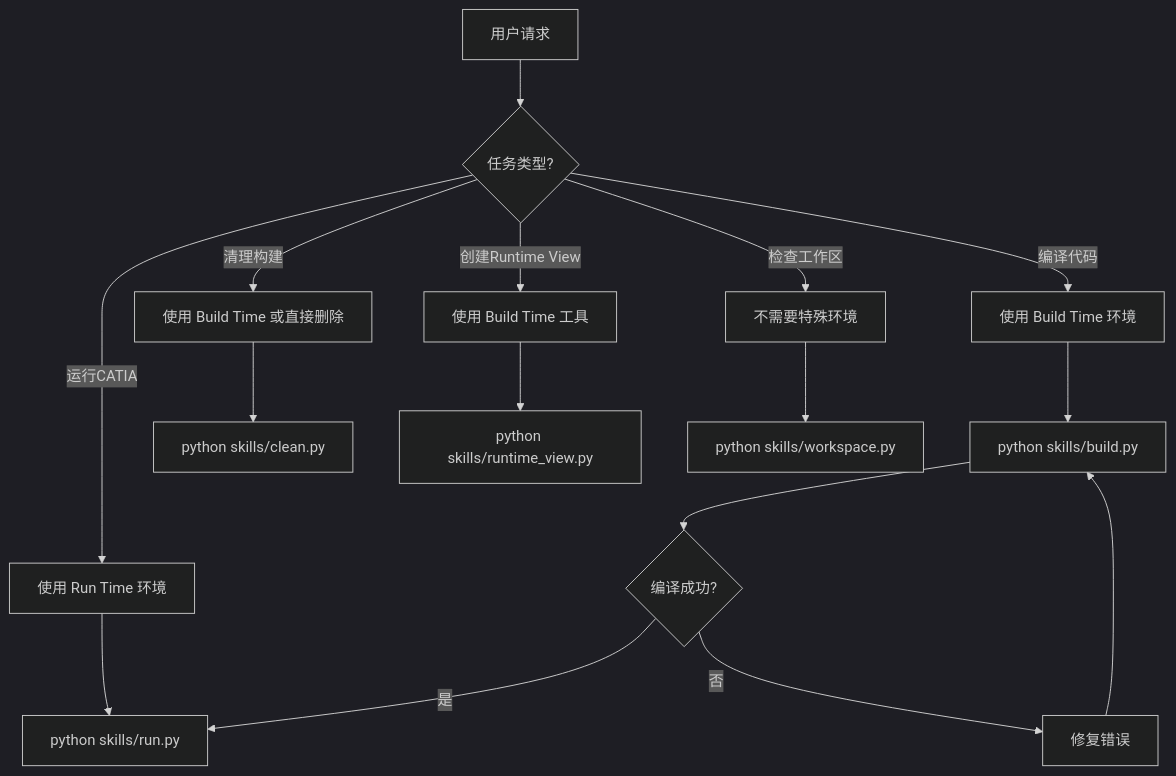
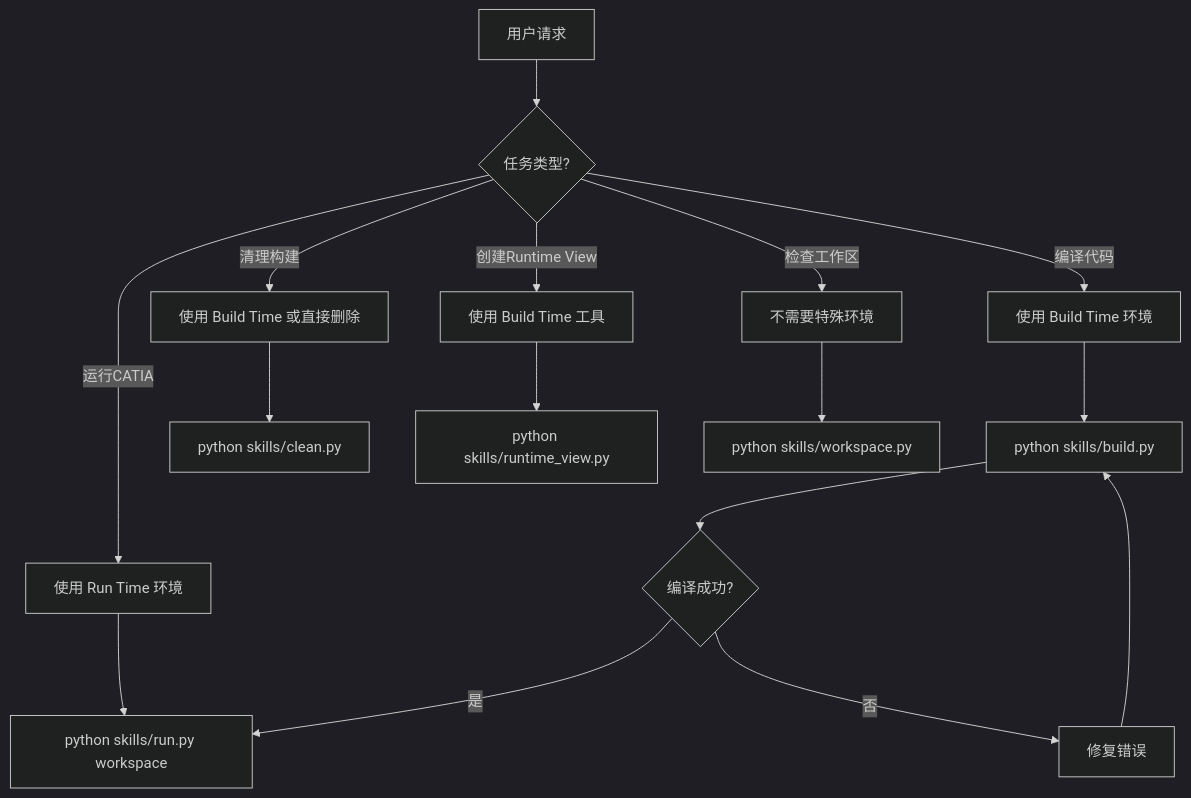
Before and after one commit to chenlei-gh/CADE: the first of 3 diagrams in .agents/skills/catia-caa-dev/docs/guides/BUILD_RUN_TIME_USAGE_GUIDE.md, drawn with Mermaid (dark theme). The commit also changed other lines of this file and 11 other files, not shown here.

````diff
--- a/.agents/skills/catia-caa-dev/docs/guides/BUILD_RUN_TIME_USAGE_GUIDE.md
+++ b/.agents/skills/catia-caa-dev/docs/guides/BUILD_RUN_TIME_USAGE_GUIDE.md
@@ -242,21 +242,21 @@
 ```mermaid
 graph TD
     Start[用户请求] --> Question{任务类型?}
     
     Question -->|编译代码| BuildTime[使用 Build Time 环境]
     Question -->|运行CATIA| RunTime[使用 Run Time 环境]
     Question -->|清理构建| Clean[使用 Build Time 或直接删除]
     Question -->|创建Runtime View| BuildTime2[使用 Build Time 工具]
     Question -->|检查工作区| None[不需要特殊环境]
     
     BuildTime --> BuildPy[python skills/build.py]
-    RunTime --> RunPy[python skills/run.py]
+    RunTime --> RunPy["python skills/run.py workspace"]
     Clean --> CleanPy[python skills/clean.py]
     BuildTime2 --> RuntimeViewPy[python skills/runtime_view.py]
     None --> WorkspacePy[python skills/workspace.py]
     
     BuildPy --> Success{编译成功?}
     Success -->|是| RunPy
     Success -->|否| Fix[修复错误]
     Fix --> BuildPy
 ```
````
